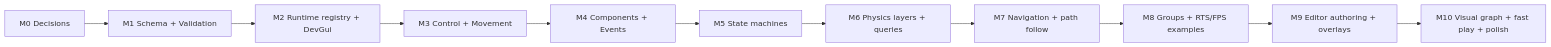
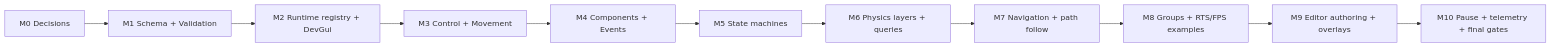
One commit to 0Camus0/T850 changed the eighth of 8 diagrams in documentation/game/game-entity-system-spec.md. Above: the diagram before and after it, drawn with Mermaid. The commit also changed other lines of this file and 167 other files, not shown here.

````diff
--- a/documentation/game/game-entity-system-spec.md
+++ b/documentation/game/game-entity-system-spec.md
@@ -1059,13 +1072,13 @@
 ```mermaid
 flowchart LR
   M0[M0 Decisions] --> M1[M1 Schema + Validation]
   M1 --> M2[M2 Runtime registry + DevGui]
   M2 --> M3[M3 Control + Movement]
   M3 --> M4[M4 Components + Events]
   M4 --> M5[M5 State machines]
   M5 --> M6[M6 Physics layers + queries]
   M6 --> M7[M7 Navigation + path follow]
   M7 --> M8[M8 Groups + RTS/FPS examples]
   M8 --> M9[M9 Editor authoring + overlays]
-  M9 --> M10[M10 Visual graph + fast play + polish]
+  M9 --> M10[M10 Pause + telemetry + final gates]
 ```
````
